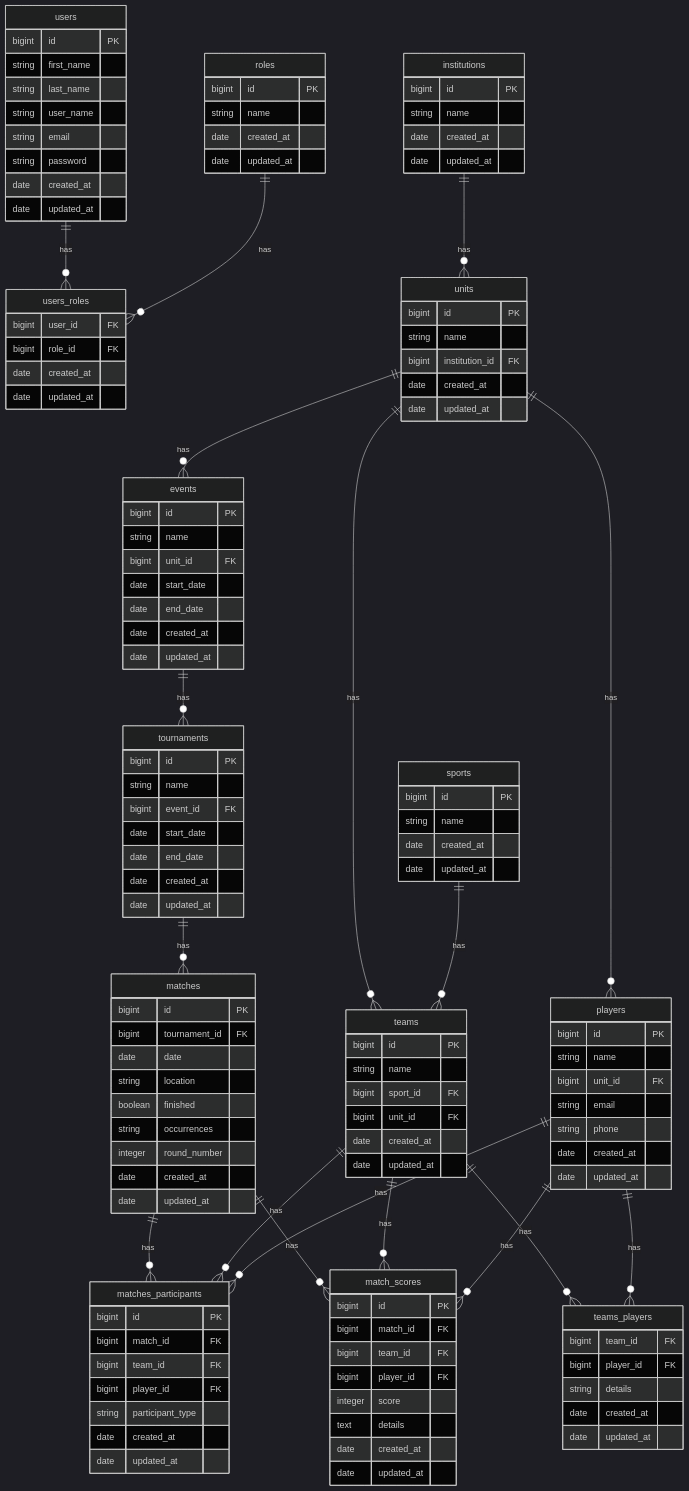
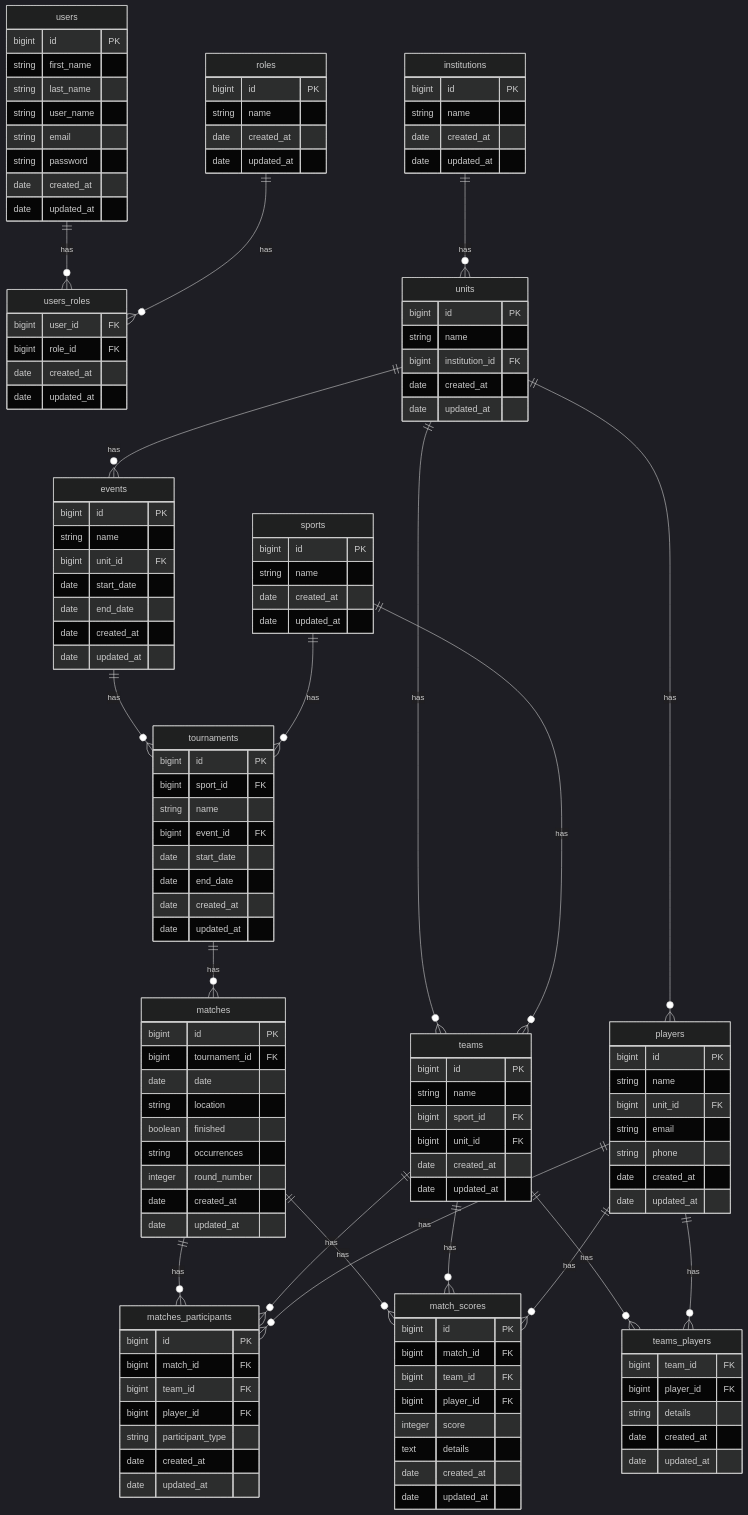
One commit to rgomide/gerenciador-torneio changed the diagram in README.md. Above: the diagram before and after it, drawn with Mermaid (dark theme).

Commit message:
update ERD

```diff
--- a/README.md
+++ b/README.md
@@ -64,6 +64,7 @@
 
     tournaments {
       bigint id PK
+      bigint sport_id FK
       string name
       bigint event_id FK
       date start_date
@@ -147,6 +148,7 @@
     units ||--o{ teams : has
     events ||--o{ tournaments : has
     sports ||--o{ teams : has
+    sports ||--o{ tournaments : has
     teams ||--o{ teams_players : has
     players ||--o{ teams_players : has
     tournaments ||--o{ matches : has
```
